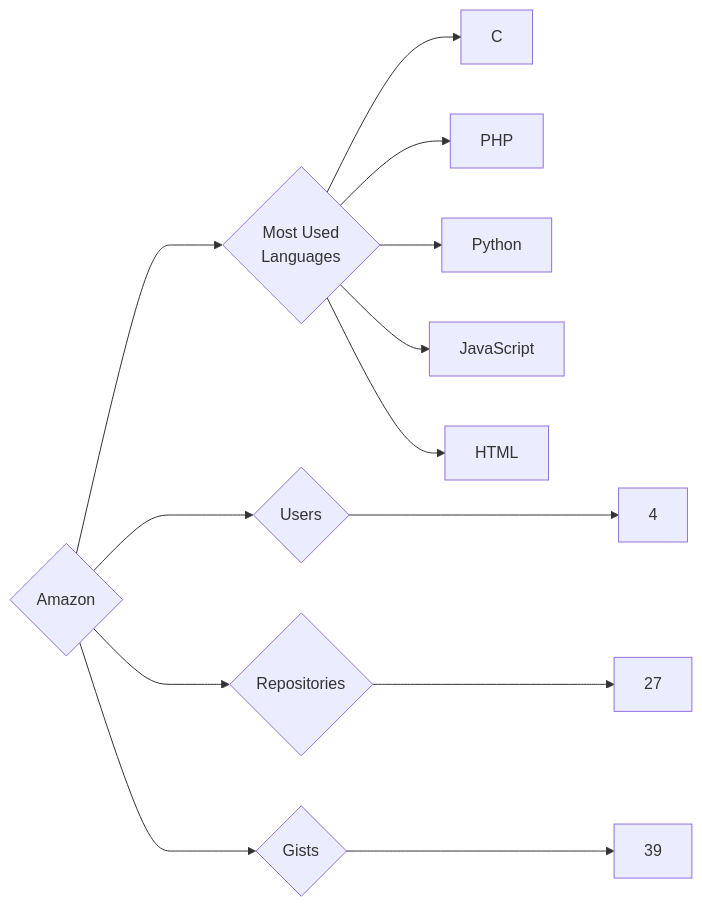
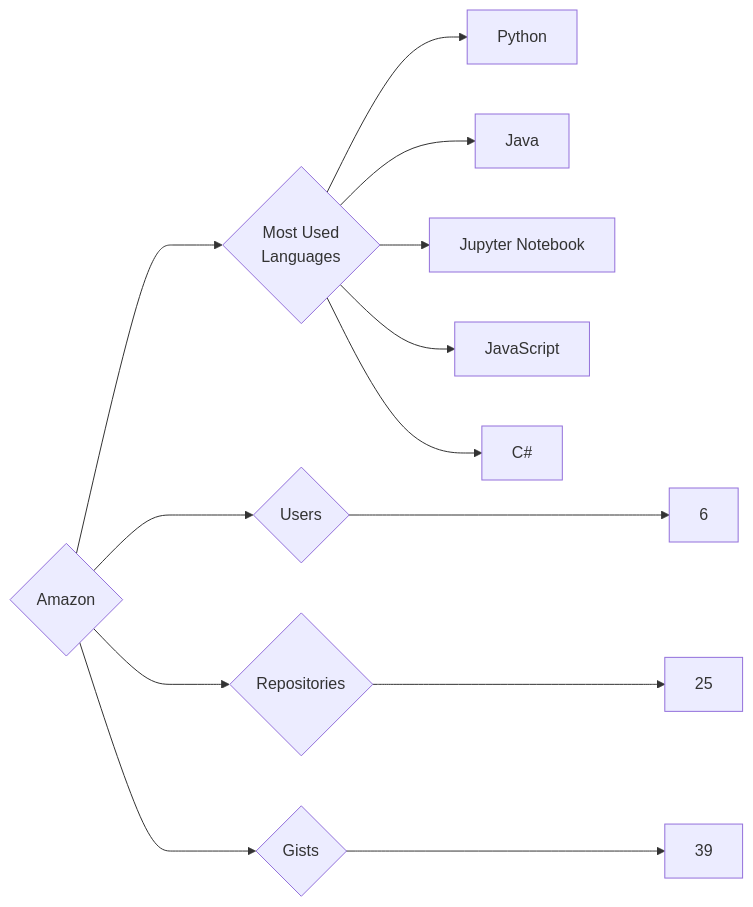
Before and after one commit to trickest/insiders: the diagram in targets/Amazon/README.md, drawn with Mermaid. The commit also changed 724 other files, not shown here.

````diff
--- a/targets/Amazon/README.md
+++ b/targets/Amazon/README.md
@@ -3,13 +3,13 @@
 ```mermaid
 graph LR
 COMPANY_NAME{Amazon}
-COMPANY_NAME ---> U{Users} ---> UN[4]
-COMPANY_NAME ---> R{Repositories} ---> RN[27]
+COMPANY_NAME ---> U{Users} ---> UN[6]
+COMPANY_NAME ---> R{Repositories} ---> RN[25]
 COMPANY_NAME ---> G{Gists} ---> GN[39]
 COMPANY_NAME ---> ML{Most Used<br>Languages}
-ML --> C[C]
-ML --> PHP[PHP]
 ML --> Python[Python]
+ML --> Java[Java]
+ML --> Jupyter_Notebook[Jupyter Notebook]
 ML --> JavaScript[JavaScript]
-ML --> HTML[HTML]
+ML --> C#[C#]
 ```
````
